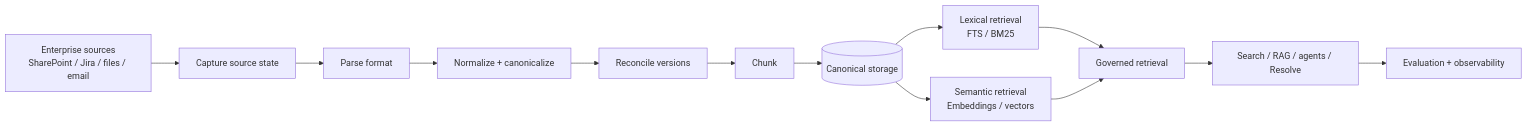
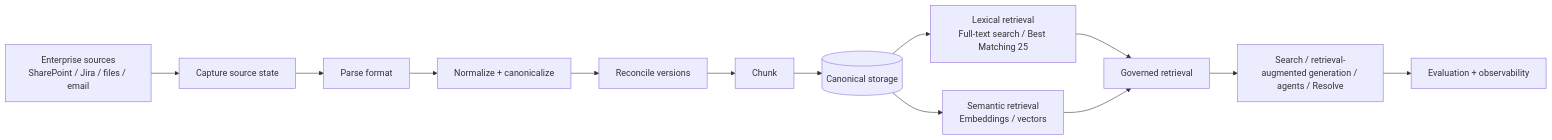
The first of 17 diagrams in docs/learning/ENTERPRISE_KNOWLEDGE_SYSTEMS_INTERVIEW_GUIDE.md (kumarchandansingh/tropos), drawn with Mermaid before and after one commit. The commit also changed other lines of this file and 6 other files, not shown here.

First line of the commit message:
docs: fix Mermaid concurrency diagram and expand technical shorthand

````diff
--- a/docs/learning/ENTERPRISE_KNOWLEDGE_SYSTEMS_INTERVIEW_GUIDE.md
+++ b/docs/learning/ENTERPRISE_KNOWLEDGE_SYSTEMS_INTERVIEW_GUIDE.md
@@ -7,16 +9,16 @@
 ```mermaid
 flowchart LR
     S[Enterprise sources\nSharePoint / Jira / files / email]
     --> C[Capture source state]
     --> P[Parse format]
     --> N[Normalize + canonicalize]
     --> V[Reconcile versions]
     --> K[Chunk]
     --> D[(Canonical storage)]
-    D --> L[Lexical retrieval\nFTS / BM25]
+    D --> L[Lexical retrieval\nFull-text search / Best Matching 25]
     D --> E[Semantic retrieval\nEmbeddings / vectors]
     L --> R[Governed retrieval]
     E --> R
-    R --> A[Search / RAG / agents / Resolve]
+    R --> A[Search / retrieval-augmented generation / agents / Resolve]
     A --> Q[Evaluation + observability]
 ```
````
